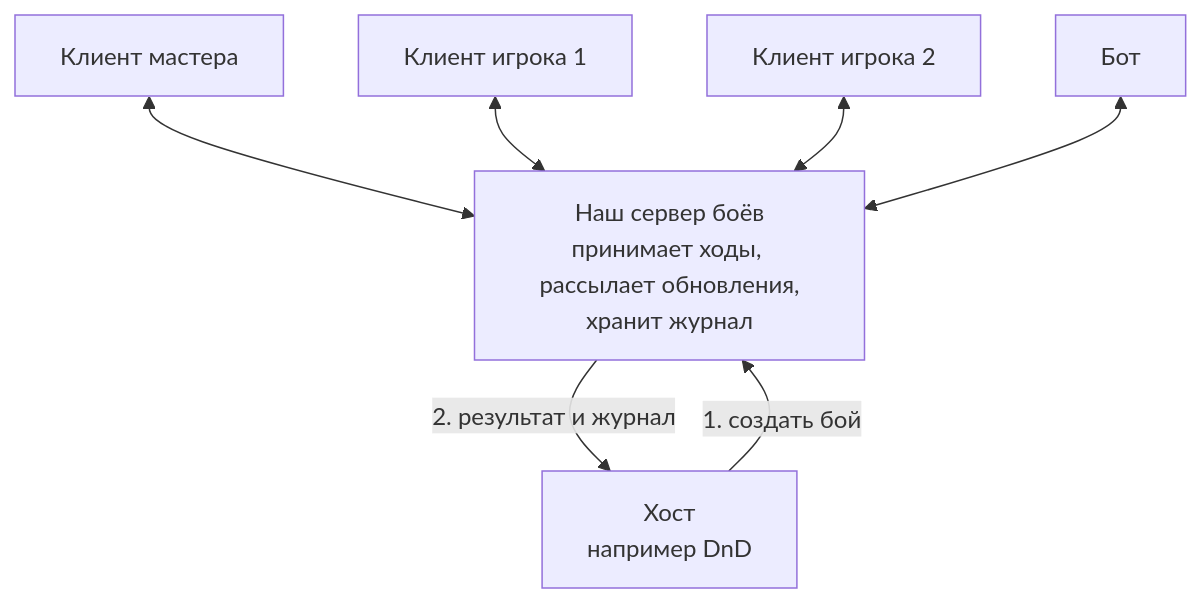
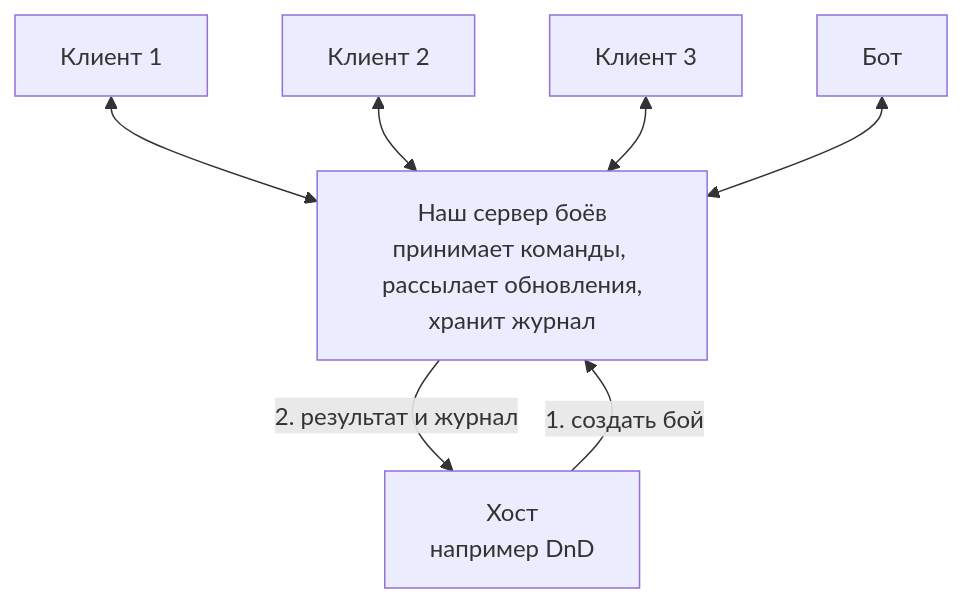
One commit to LinKav20/Heroes2dBattleGame changed the second of 2 diagrams in docs/architecture/README.md. Above: the diagram before and after it, drawn with Mermaid. The commit also changed other lines of this file and 53 other files, not shown here.

````diff
--- a/docs/architecture/README.md
+++ b/docs/architecture/README.md
@@ -36,15 +38,15 @@
 ```mermaid
 flowchart TB
-  GM["Клиент мастера"]
-  P1["Клиент игрока 1"]
-  P2["Клиент игрока 2"]
+  C1["Клиент 1"]
+  C2["Клиент 2"]
+  C3["Клиент 3"]
   BOT["Бот"]
-  SRV["Наш сервер боёв<br/>принимает ходы, рассылает обновления,<br/>хранит журнал"]
+  SRV["Наш сервер боёв<br/>принимает команды, рассылает обновления,<br/>хранит журнал"]
   HOST["Хост<br/>например DnD"]
-  GM <--> SRV
-  P1 <--> SRV
-  P2 <--> SRV
+  C1 <--> SRV
+  C2 <--> SRV
+  C3 <--> SRV
   BOT <--> SRV
   HOST -- "1. создать бой" --> SRV
   SRV -- "2. результат и журнал" --> HOST
 ```
````
